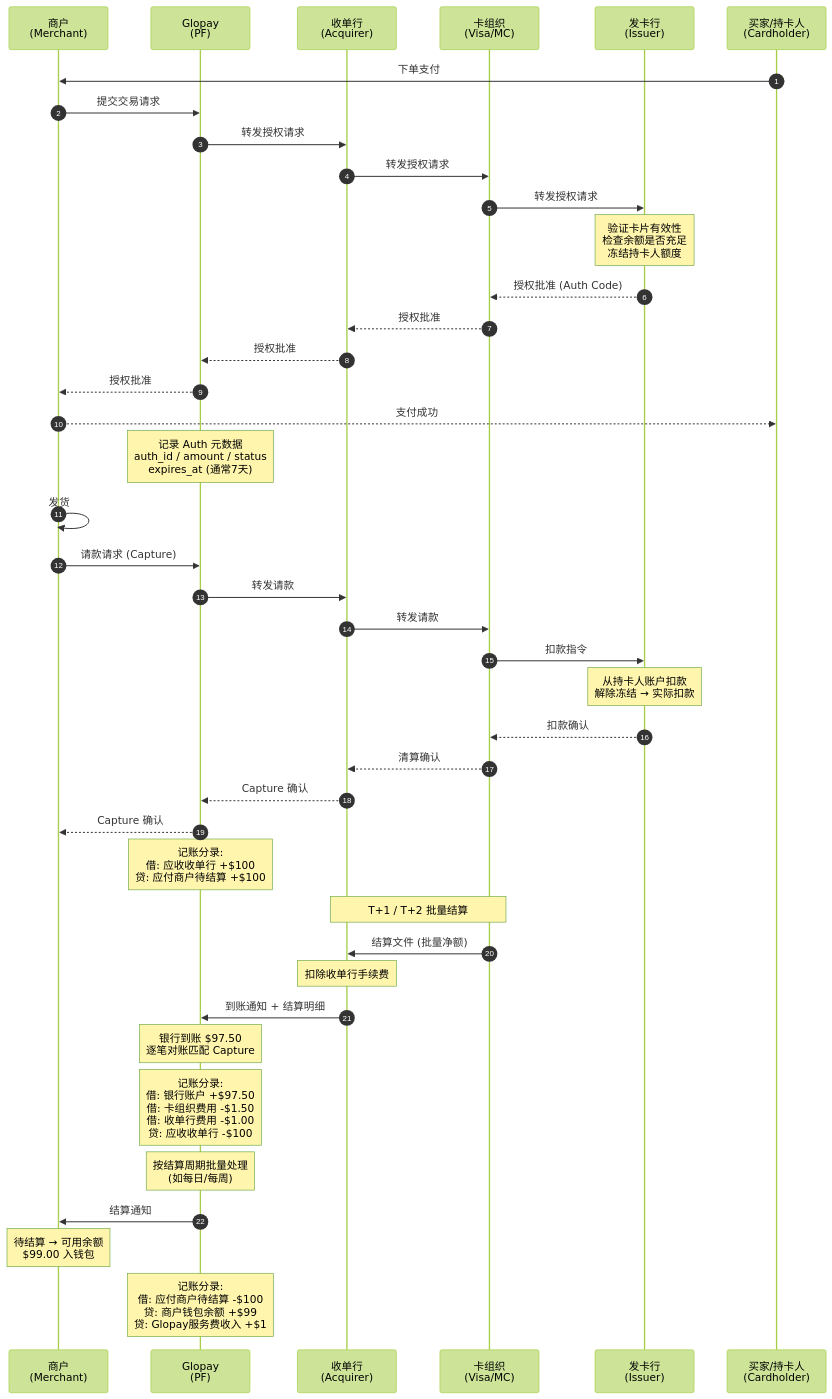
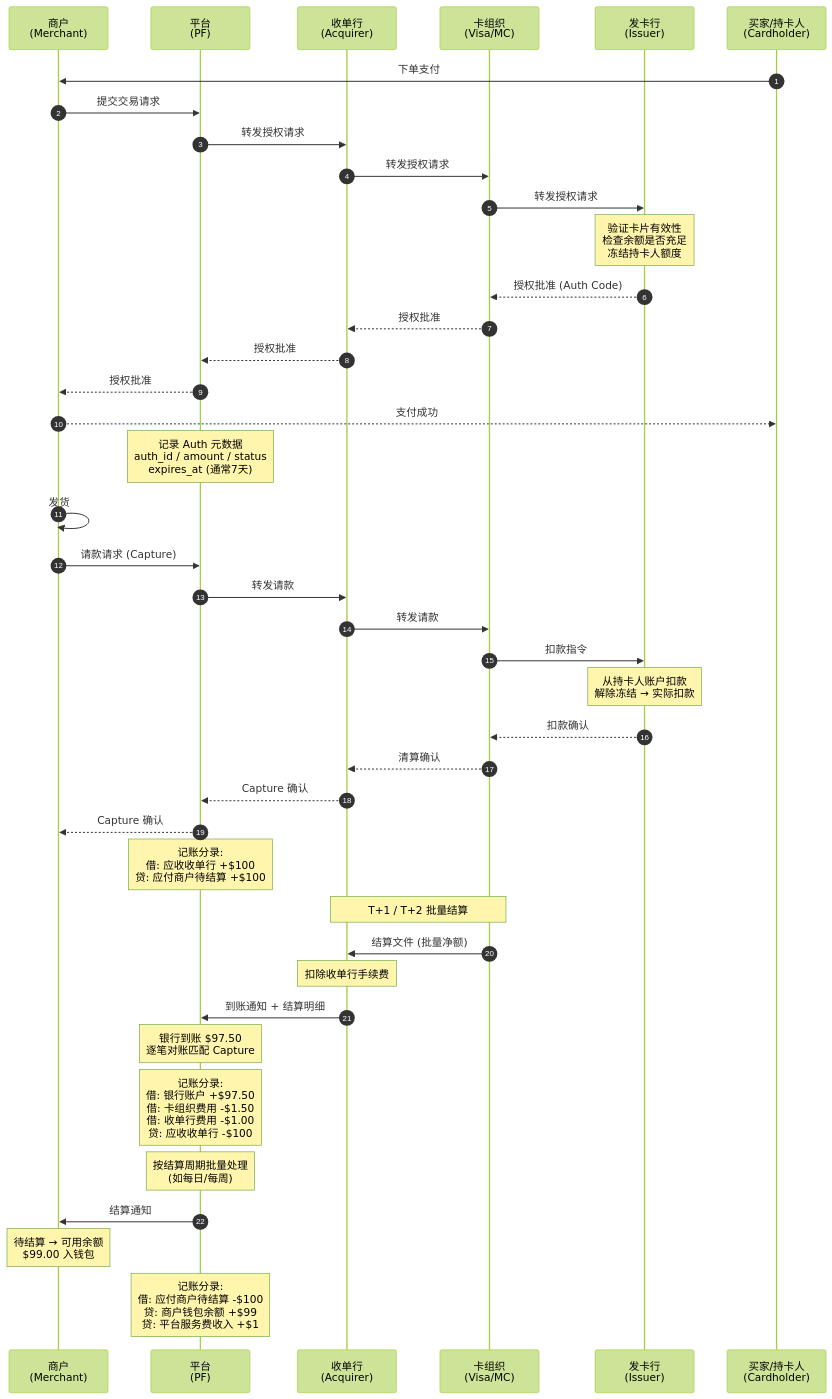
Before and after one commit to 1aboveio/wallet-architecture: the diagram in docs/acquiring-information-flow.md, drawn with Mermaid (forest theme). The commit also changed 4 other files, not shown here.

````diff
--- a/docs/acquiring-information-flow.md
+++ b/docs/acquiring-information-flow.md
@@ -3,70 +3,70 @@
 ```mermaid
 sequenceDiagram
     autonumber
     participant M as 商户<br>(Merchant)
-    participant PF as Glopay<br>(PF)
+    participant PF as 平台<br>(PF)
     participant Acq as 收单行<br>(Acquirer)
     participant CN as 卡组织<br>(Visa/MC)
     participant Iss as 发卡行<br>(Issuer)
     participant C as 买家/持卡人<br>(Cardholder)
 
     box rgb(230,245,255) ① AUTH 授权
     end
 
     C->>M: 下单支付
     M->>PF: 提交交易请求
     PF->>Acq: 转发授权请求
     Acq->>CN: 转发授权请求
     CN->>Iss: 转发授权请求
 
     Note over Iss: 验证卡片有效性<br>检查余额是否充足<br>冻结持卡人额度
 
     Iss-->>CN: 授权批准 (Auth Code)
     CN-->>Acq: 授权批准
     Acq-->>PF: 授权批准
     PF-->>M: 授权批准
     M-->>C: 支付成功
 
     Note over PF: 记录 Auth 元数据<br>auth_id / amount / status<br>expires_at (通常7天)
 
     box rgb(255,245,230) ② CAPTURE 请款
     end
 
     M->>M: 发货
     M->>PF: 请款请求 (Capture)
     PF->>Acq: 转发请款
     Acq->>CN: 转发请款
     CN->>Iss: 扣款指令
 
     Note over Iss: 从持卡人账户扣款<br>解除冻结 → 实际扣款
 
     Iss-->>CN: 扣款确认
     CN-->>Acq: 清算确认
     Acq-->>PF: Capture 确认
     PF-->>M: Capture 确认
 
     Note over PF: 记账分录:<br>借: 应收收单行 +$100<br>贷: 应付商户待结算 +$100
 
-    box rgb(230,255,230) ③ SETTLE 收单行 → Glopay
+    box rgb(230,255,230) ③ SETTLE 收单行 → PF
     end
 
     Note over CN,Acq: T+1 / T+2 批量结算
 
     CN->>Acq: 结算文件 (批量净额)
     Note over Acq: 扣除收单行手续费
 
     Acq->>PF: 到账通知 + 结算明细
     Note over PF: 银行到账 $97.50<br>逐笔对账匹配 Capture
 
     Note over PF: 记账分录:<br>借: 银行账户 +$97.50<br>借: 卡组织费用 -$1.50<br>借: 收单行费用 -$1.00<br>贷: 应收收单行 -$100
 
-    box rgb(255,230,255) ④ SETTLE Glopay → 商户
+    box rgb(255,230,255) ④ SETTLE PF → 商户
     end
 
     Note over PF: 按结算周期批量处理<br>(如每日/每周)
 
     PF->>M: 结算通知
     Note over M: 待结算 → 可用余额<br>$99.00 入钱包
 
-    Note over PF: 记账分录:<br>借: 应付商户待结算 -$100<br>贷: 商户钱包余额 +$99<br>贷: Glopay服务费收入 +$1
+    Note over PF: 记账分录:<br>借: 应付商户待结算 -$100<br>贷: 商户钱包余额 +$99<br>贷: 平台服务费收入 +$1
 ```
````
